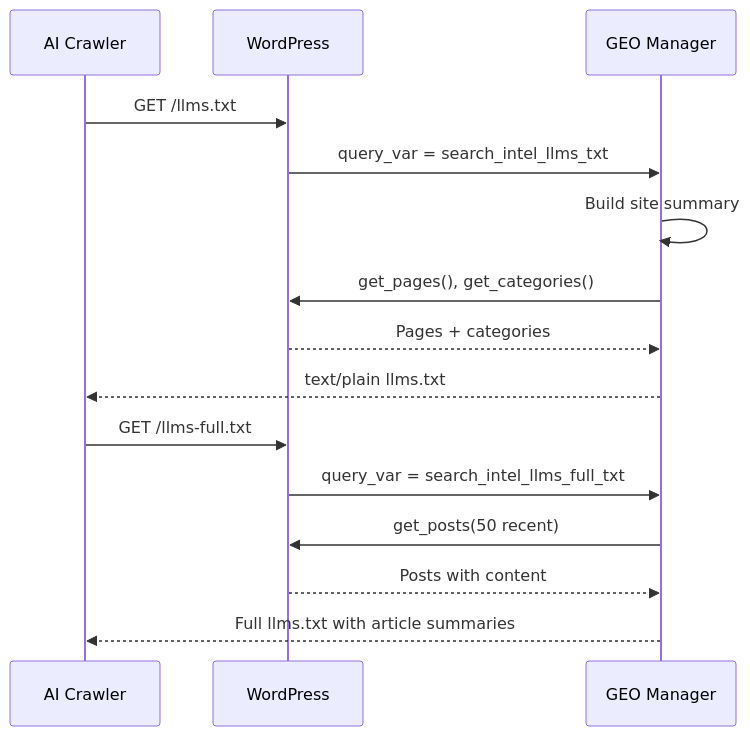
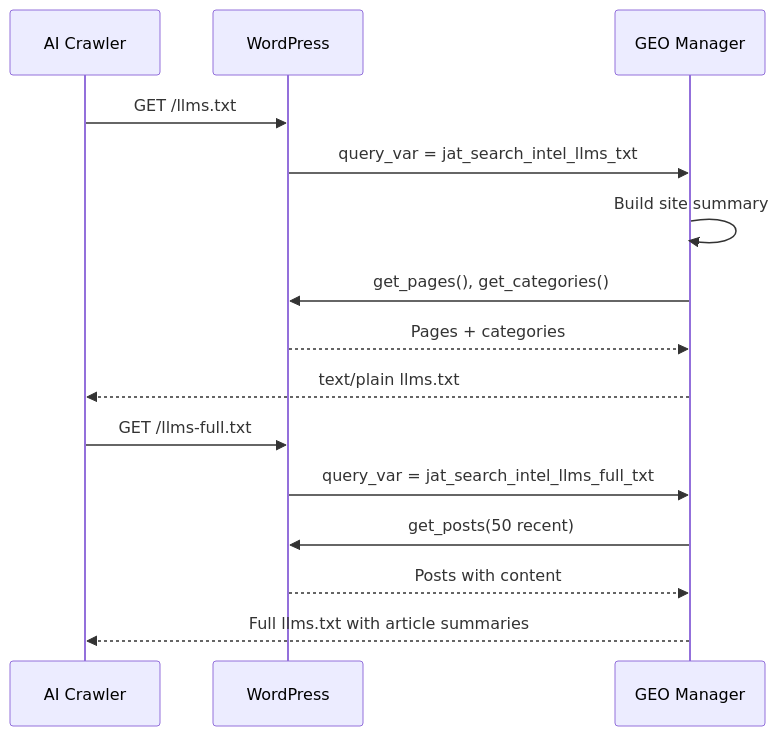
One commit to CptNope/JAT-Search-Intel changed the seventh of 14 diagrams in README.md. Above: the diagram before and after it, drawn with Mermaid. The commit also changed other lines of this file and 159 other files, not shown here.

First line of the commit message:
Rename every identifier to jat-search-intel / jat_search_intel / JAT_Search_Intel

````diff
--- a/README.md
+++ b/README.md
@@ -746,19 +746,19 @@
 ```mermaid
 sequenceDiagram
     participant AI as AI Crawler
     participant WP as WordPress
     participant GEO as GEO Manager
 
     AI->>WP: GET /llms.txt
-    WP->>GEO: query_var = search_intel_llms_txt
+    WP->>GEO: query_var = jat_search_intel_llms_txt
     GEO->>GEO: Build site summary
     GEO->>WP: get_pages(), get_categories()
     WP-->>GEO: Pages + categories
     GEO-->>AI: text/plain llms.txt
 
     AI->>WP: GET /llms-full.txt
-    WP->>GEO: query_var = search_intel_llms_full_txt
+    WP->>GEO: query_var = jat_search_intel_llms_full_txt
     GEO->>WP: get_posts(50 recent)
     WP-->>GEO: Posts with content
     GEO-->>AI: Full llms.txt with article summaries
 ```
````
